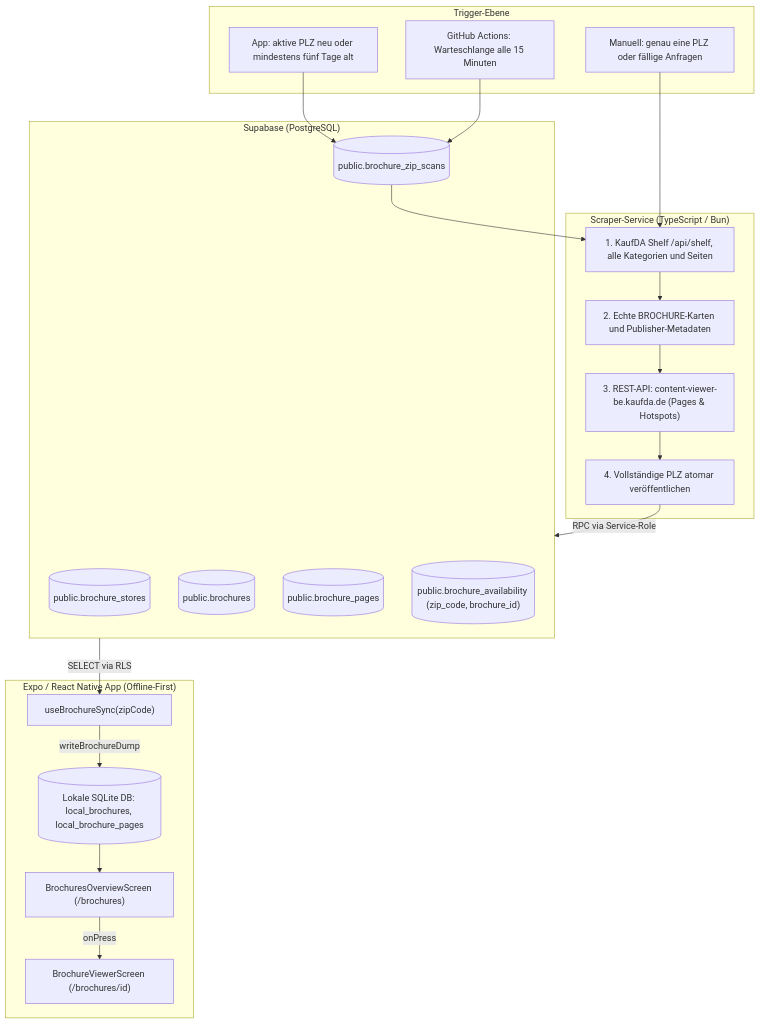
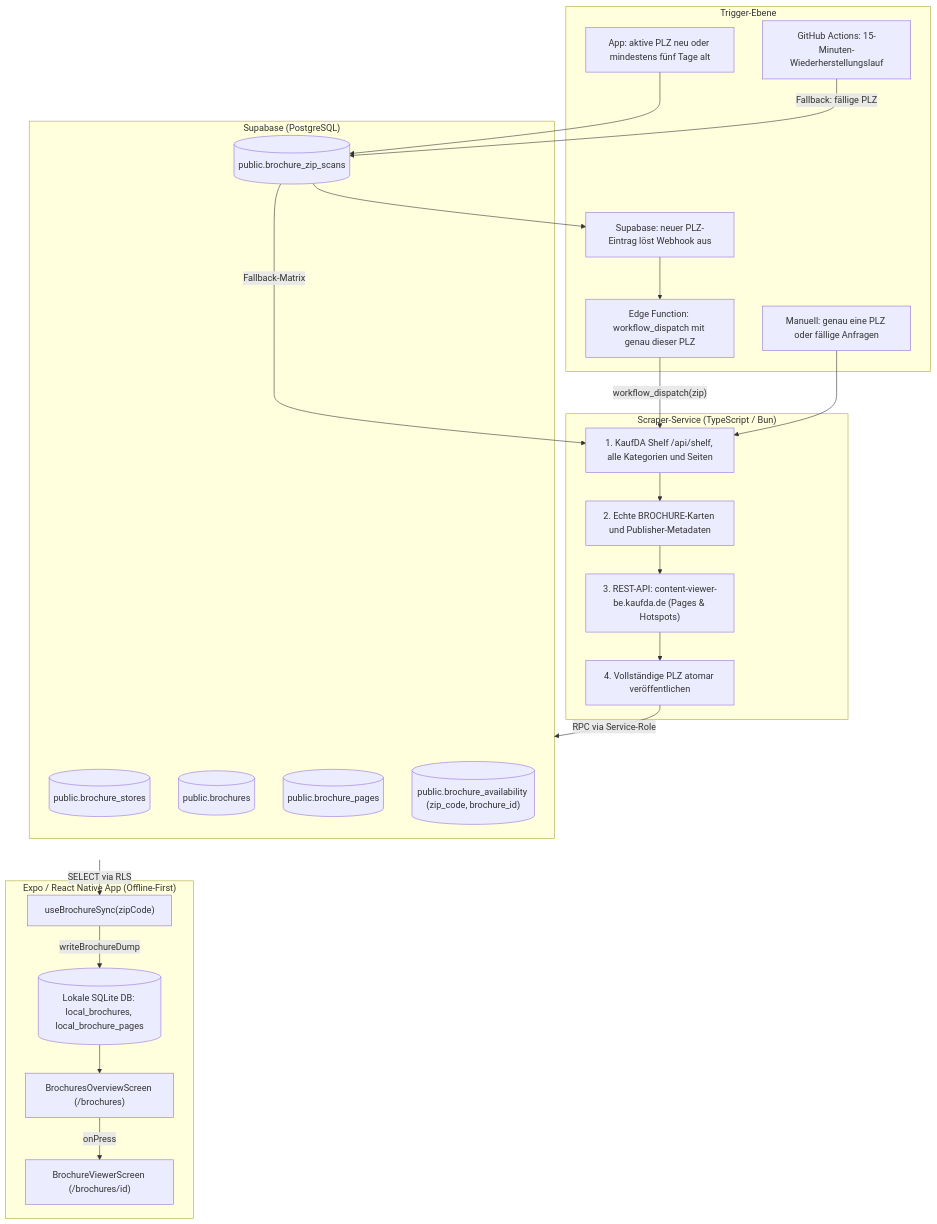
Before and after one commit to goldjunge91/fam: the diagram in docs/features/BROCHURE/PROSPEKTE_ARCHITECTURE.md, drawn with Mermaid. The commit also changed other lines of this file and 9 other files, not shown here.

````diff
--- a/docs/features/BROCHURE/PROSPEKTE_ARCHITECTURE.md
+++ b/docs/features/BROCHURE/PROSPEKTE_ARCHITECTURE.md
@@ -54,43 +54,48 @@
 ```mermaid
 flowchart TD
     subgraph Trigger ["Trigger-Ebene"]
         AppRequest["App: aktive PLZ neu oder mindestens fünf Tage alt"]
-        QueuePoll["GitHub Actions: Warteschlange alle 15 Minuten"]
+        DbWebhook["Supabase: neuer PLZ-Eintrag löst Webhook aus"]
+        Dispatch["Edge Function: workflow_dispatch mit genau dieser PLZ"]
+        QueuePoll["GitHub Actions: 15-Minuten-Wiederherstellungslauf"]
         Manual["Manuell: genau eine PLZ oder fällige Anfragen"]
     end
 
     subgraph Scraper ["Scraper-Service (TypeScript / Bun)"]
         FetchMeta["1. KaufDA Shelf /api/shelf, alle Kategorien und Seiten"]
         ExtractContentId["2. Echte BROCHURE-Karten und Publisher-Metadaten"]
         FetchPages["3. REST-API: content-viewer-be.kaufda.de (Pages & Hotspots)"]
         Publish["4. Vollständige PLZ atomar veröffentlichen"]
     end
 
     subgraph Backend ["Supabase (PostgreSQL)"]
         TableStores[("public.brochure_stores")]
         TableBrochures[("public.brochures")]
         TablePages[("public.brochure_pages")]
         TableAvail[("public.brochure_availability (zip_code, brochure_id)")]
         TableQueue[("public.brochure_zip_scans")]
     end
 
     subgraph Client ["Expo / React Native App (Offline-First)"]
         SyncHook["useBrochureSync(zipCode)"]
         LocalSQLite[("Lokale SQLite DB: local_brochures, local_brochure_pages")]
         ScreenOverview["BrochuresOverviewScreen (/brochures)"]
         ScreenViewer["BrochureViewerScreen (/brochures/id)"]
     end
 
     AppRequest --> TableQueue
-    QueuePoll --> TableQueue
-    TableQueue --> FetchMeta
+    TableQueue --> DbWebhook
+    DbWebhook --> Dispatch
+    Dispatch -->|"workflow_dispatch(zip)"| FetchMeta
+    QueuePoll -->|"Fallback: fällige PLZ"| TableQueue
+    TableQueue -->|"Fallback-Matrix"| FetchMeta
     Manual --> FetchMeta
     FetchMeta --> ExtractContentId
     ExtractContentId --> FetchPages
     FetchPages --> Publish
     Publish -->|"RPC via Service-Role"| Backend
     Backend -->|"SELECT via RLS"| SyncHook
     SyncHook -->|"writeBrochureDump"| LocalSQLite
     LocalSQLite --> ScreenOverview
     ScreenOverview -->|"onPress"| ScreenViewer
 ```
````
